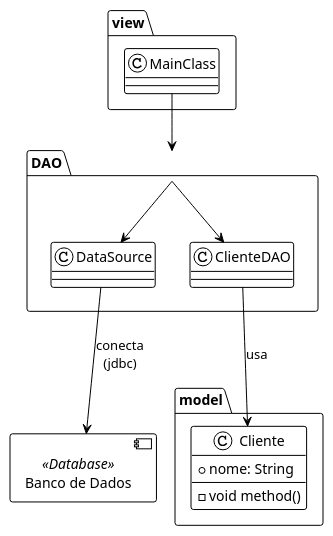
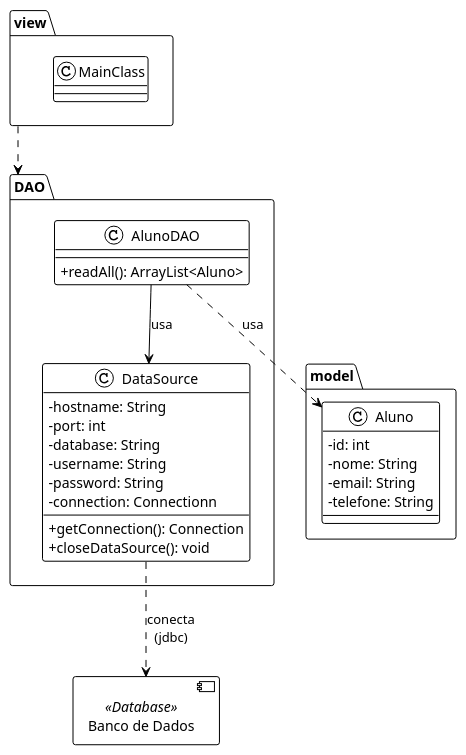
Before and after one commit to gbitd/MonitoriaPOO: the diagram in ExemploPersistenciaJDBC/diagrama.puml, drawn with PlantUML.

Commit message:
Finaliza a modelagem UML do exemplo

```diff
--- a/ExemploPersistenciaJDBC/diagrama.puml
+++ b/ExemploPersistenciaJDBC/diagrama.puml
@@ -1,29 +1,42 @@
 @startuml
 !theme plain
 allowmixing
+skinparam classAttributeIconSize 0
 
 package "view" {
     class "MainClass" as MainClass
 }
 
 package "DAO" {
-    class "DataSource" as DataSource
-    class "ClienteDAO" as ClienteDAO
+    class "DataSource" as DataSource{
+        - hostname: String
+        - port: int
+        - database: String
+        - username: String
+        - password: String
+        - connection: Connectionn
+        + getConnection(): Connection
+        + closeDataSource(): void
+    }
+    class "AlunoDAO" as AlunoDAO{
+        + readAll(): ArrayList<Aluno>
+    }
 }
 
 package "model" {
-    class "Cliente" as Cliente {
-        + nome: String
-        - void method()
+    class "Aluno" as Aluno {
+        - id: int
+        - nome: String
+        - email: String
+        - telefone: String
     }
 }
 
 component "Banco de Dados" as BD <<Database>>
 
-MainClass --> DAO
-DAO --> DataSource
-DAO --> ClienteDAO
-ClienteDAO --> Cliente : usa
-DataSource --> BD : conecta\n(jdbc)
+view ..> DAO
+DataSource ..> BD : conecta\n(jdbc)
+AlunoDAO ..> Aluno : usa
+AlunoDAO -->  DataSource : usa
 
 @enduml
```
